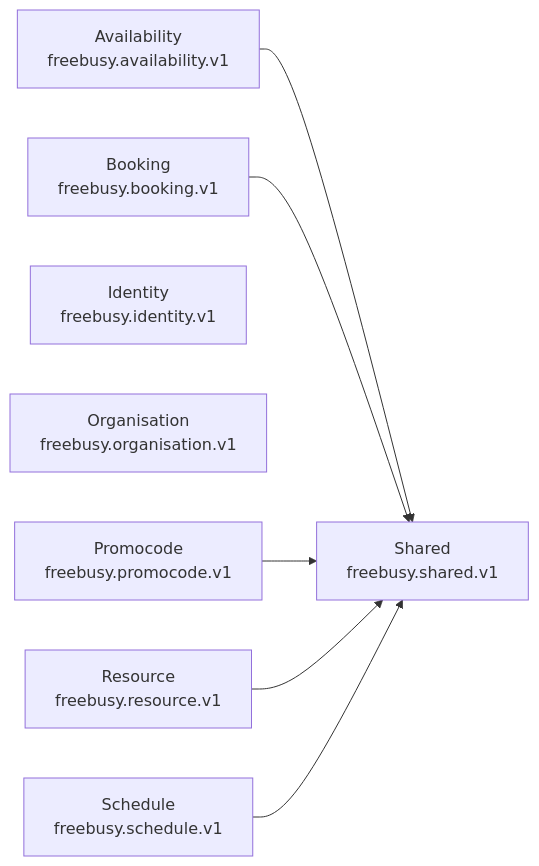
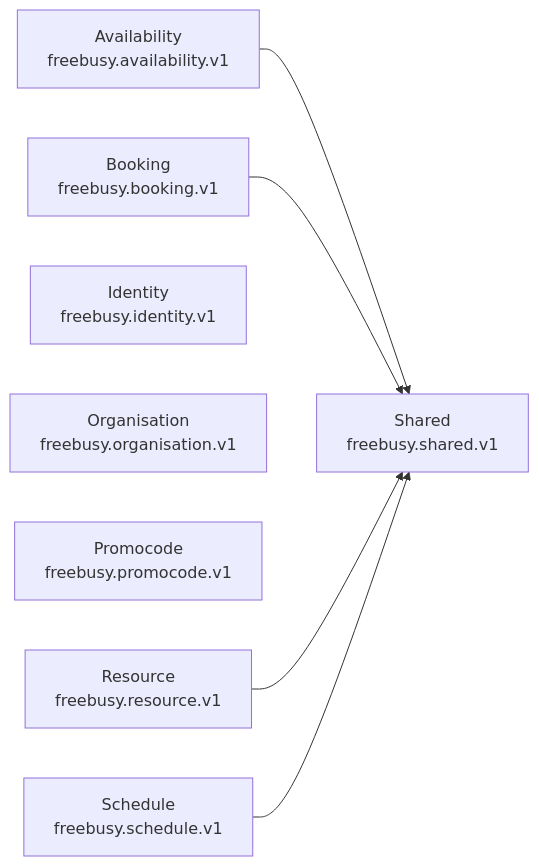
The diagram in protobuf/README.md (oh-tarnished/freebusy), drawn with Mermaid before and after one commit. The commit also changed other lines of this file and 68 other files, not shown here.

````diff
--- a/protobuf/README.md
+++ b/protobuf/README.md
@@ -26,16 +26,15 @@
 ```mermaid
 graph LR
     freebusy_availability_v1["Availability<br/>freebusy.availability.v1"]
     freebusy_booking_v1["Booking<br/>freebusy.booking.v1"]
     freebusy_identity_v1["Identity<br/>freebusy.identity.v1"]
     freebusy_organisation_v1["Organisation<br/>freebusy.organisation.v1"]
     freebusy_promocode_v1["Promocode<br/>freebusy.promocode.v1"]
     freebusy_resource_v1["Resource<br/>freebusy.resource.v1"]
     freebusy_schedule_v1["Schedule<br/>freebusy.schedule.v1"]
     freebusy_shared_v1["Shared<br/>freebusy.shared.v1"]
     freebusy_availability_v1 --> freebusy_shared_v1
     freebusy_booking_v1 --> freebusy_shared_v1
-    freebusy_promocode_v1 --> freebusy_shared_v1
     freebusy_resource_v1 --> freebusy_shared_v1
     freebusy_schedule_v1 --> freebusy_shared_v1
 ```
````
